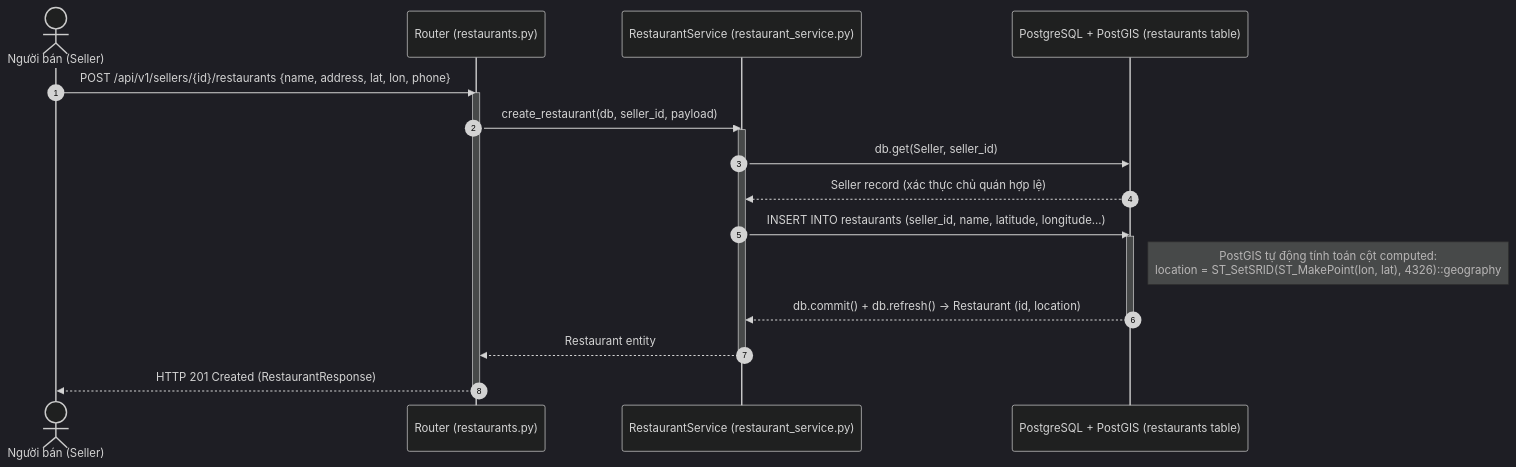
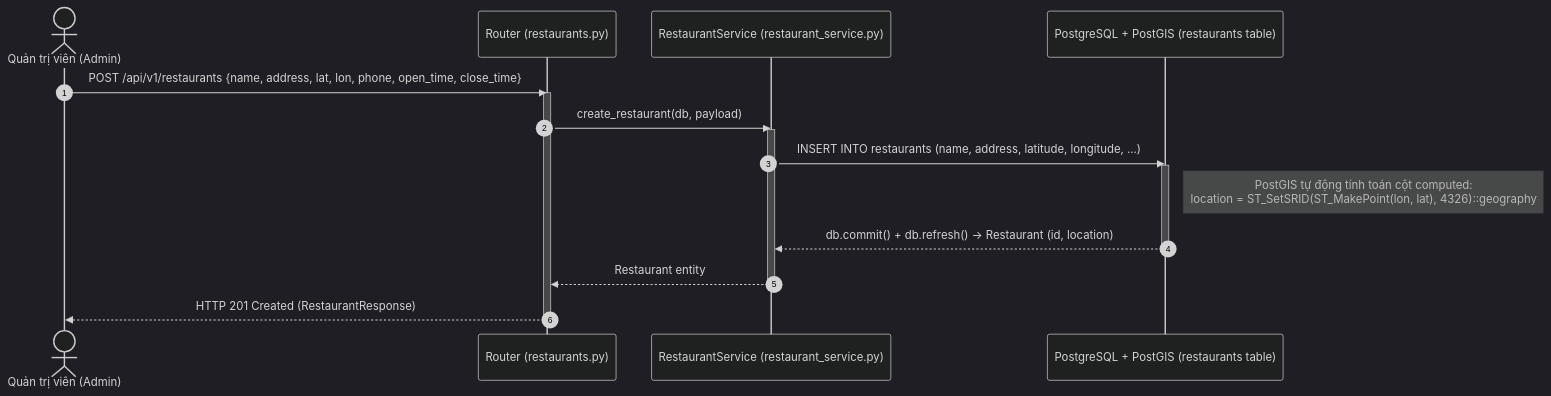
The second of 7 diagrams in docs/sequence-diagrams.md (TrnThanh/Test), drawn with Mermaid (dark theme) before and after one commit. The commit also changed other lines of this file and 56 other files, not shown here.

Commit message:
feat: remove seller role, grant admin full restaurant and dish management, update docs and port to 8001

````diff
--- a/docs/sequence-diagrams.md
+++ b/docs/sequence-diagrams.md
@@ -94,24 +93,22 @@
 ```mermaid
 sequenceDiagram
     autonumber
-    actor Seller as Người bán (Seller)
+    actor Admin as Quản trị viên (Admin)
     participant API as Router (restaurants.py)
     participant Svc as RestaurantService (restaurant_service.py)
     participant DB as PostgreSQL + PostGIS (restaurants table)
 
-    Seller->>API: POST /api/v1/sellers/{id}/restaurants {name, address, lat, lon, phone}
+    Admin->>API: POST /api/v1/restaurants {name, address, lat, lon, phone, open_time, close_time}
     activate API
-    API->>Svc: create_restaurant(db, seller_id, payload)
+    API->>Svc: create_restaurant(db, payload)
     activate Svc
-    Svc->>DB: db.get(Seller, seller_id)
-    DB-->>Svc: Seller record (xác thực chủ quán hợp lệ)
-    Svc->>DB: INSERT INTO restaurants (seller_id, name, latitude, longitude...)
+    Svc->>DB: INSERT INTO restaurants (name, address, latitude, longitude, ...)
     activate DB
     Note right of DB: PostGIS tự động tính toán cột computed:<br/>location = ST_SetSRID(ST_MakePoint(lon, lat), 4326)::geography
     DB-->>Svc: db.commit() + db.refresh() -> Restaurant (id, location)
     deactivate DB
     Svc-->>API: Restaurant entity
     deactivate Svc
-    API-->>Seller: HTTP 201 Created (RestaurantResponse)
+    API-->>Admin: HTTP 201 Created (RestaurantResponse)
     deactivate API
 ```
````
